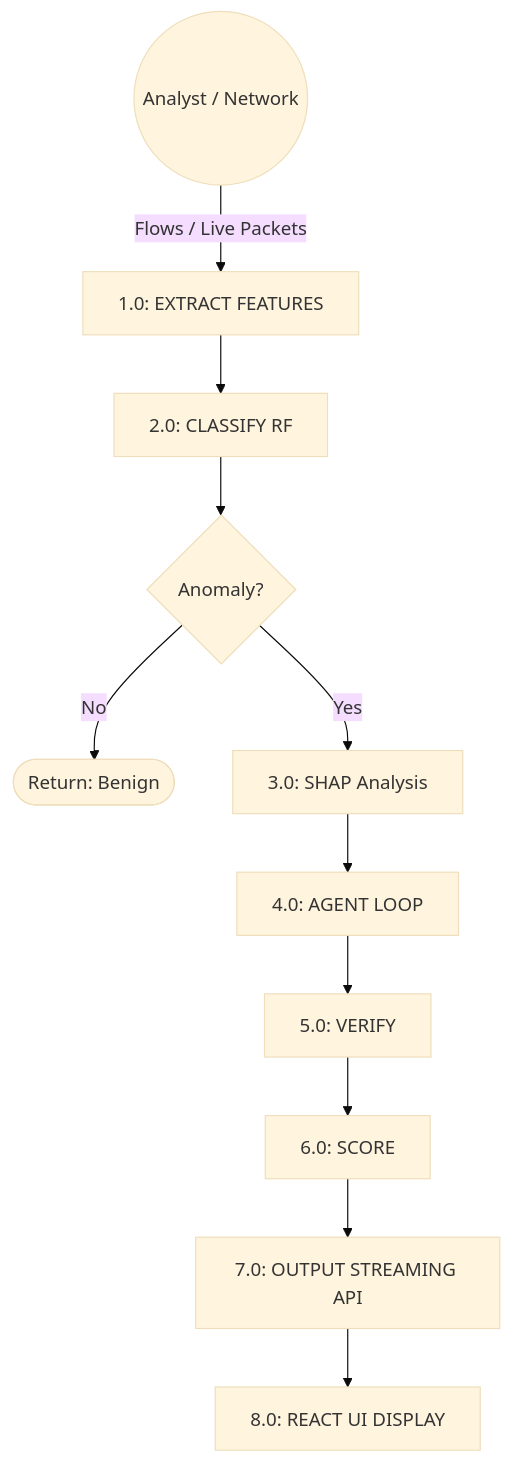
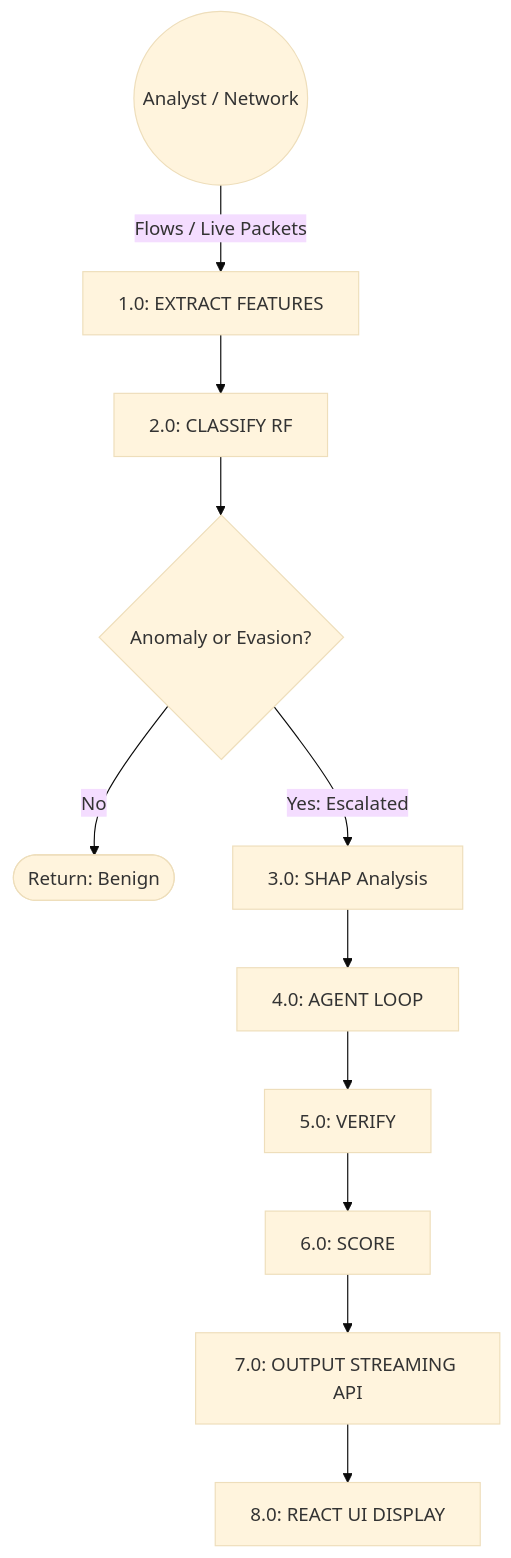
One commit to omerfarooq223/shap-agentic-ids changed the second of 4 diagrams in SYSTEM_DESIGN.md. Above: the diagram before and after it, drawn with Mermaid (base theme). The commit also changed other lines of this file and 34 other files, not shown here.

Commit message:
feat: implement SHAP Evasion Guard, voice assistant personas, and React SOC dashboard

````diff
--- a/SYSTEM_DESIGN.md
+++ b/SYSTEM_DESIGN.md
@@ -67,13 +72,13 @@
 ```mermaid
 flowchart TD
     A((Analyst / Network)) -->|Flows / Live Packets| B[1.0: EXTRACT FEATURES]
     B --> C[2.0: CLASSIFY RF]
-    C --> D{Anomaly?}
+    C --> D{Anomaly or Evasion?}
     D -->|No| E([Return: Benign])
-    D -->|Yes| F[3.0: SHAP Analysis]
+    D -->|Yes: Escalated| F[3.0: SHAP Analysis]
     F --> G[4.0: AGENT LOOP]
     G --> H[5.0: VERIFY]
     H --> I[6.0: SCORE]
     I --> J[7.0: OUTPUT STREAMING API]
     J --> K[8.0: REACT UI DISPLAY]
 ```
````
